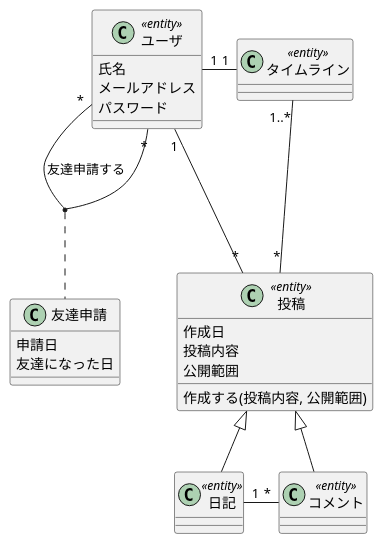
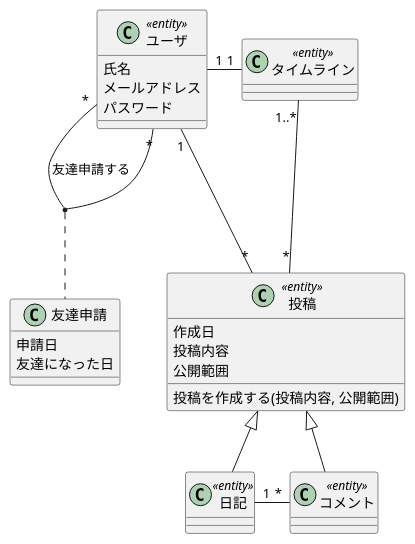
Before and after one commit to yoshida-nu/lecture_public: the diagram in system_analysis/ch13/Figure13-39.pu, drawn with PlantUML.

```diff
--- a/system_analysis/ch13/Figure13-39.pu
+++ b/system_analysis/ch13/Figure13-39.pu
@@ -1,36 +1,36 @@
 @startuml UMLの実践例: 分析モデルのクラス図
 
 class ユーザ <<entity>> {
     氏名
     メールアドレス
     パスワード
 }
 
 class 友達申請 {
     申請日
     友達になった日
 }
 
 class 投稿 <<entity>> {
     作成日
     投稿内容
     公開範囲
-    作成する(投稿内容, 公開範囲)
+    投稿を作成する(投稿内容, 公開範囲)
 }
 
 class 日記 <<entity>> {}
 
 class コメント <<entity>> {}
 
 class タイムライン <<entity>> {}
 
 ユーザ "*" -- "*" ユーザ : 友達申請する
 (ユーザ, ユーザ) .. 友達申請
 ユーザ "1" - "1" タイムライン
 ユーザ "1" -- "*" 投稿
 タイムライン "1..*" --- "*" 投稿
 投稿 <|-- 日記
 投稿 <|-- コメント
 日記 "1" - "*" コメント
 
 @enduml
```
